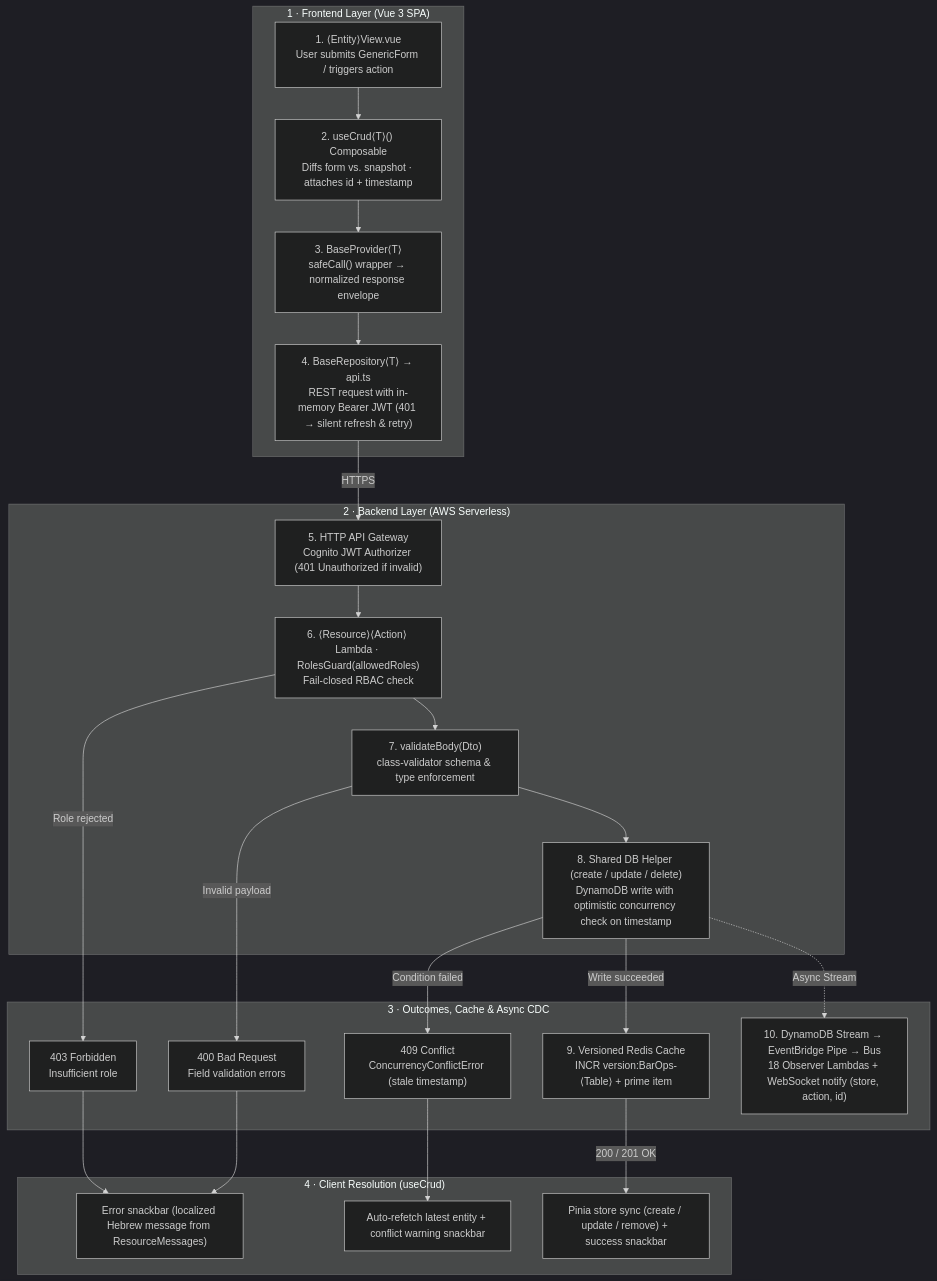
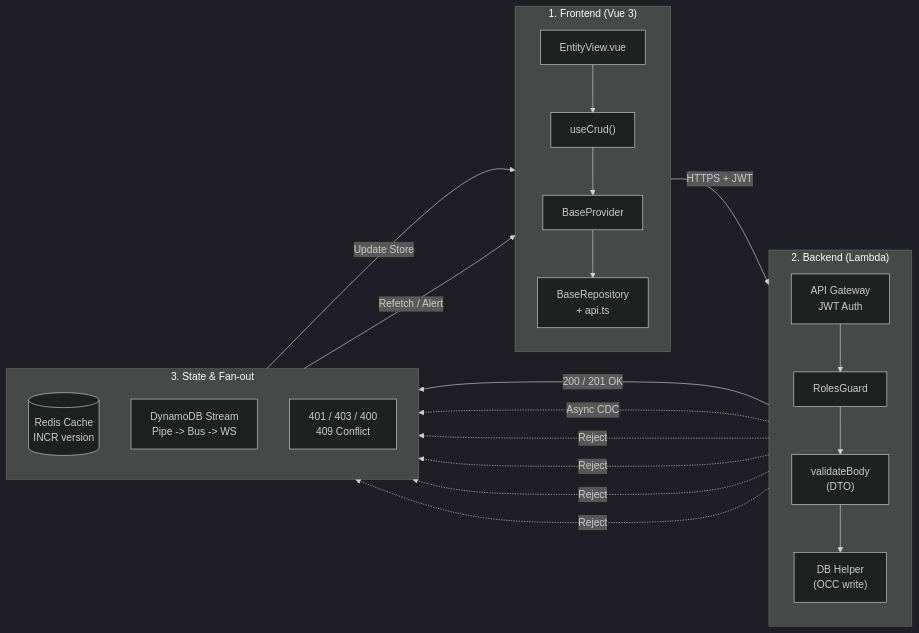
Before and after one commit to BenyHanonove/kick-showcase: the fifth of 5 diagrams in README.md, drawn with Mermaid (dark theme). The commit also changed other lines of this file and 1 other file, not shown here.

Commit message:
docs: use compact horizontal flowchart + step table to prevent Mermaid box clipping

````diff
--- a/README.md
+++ b/README.md
@@ -156,43 +156,26 @@
 ```mermaid
-flowchart TD
-  subgraph FE["1 · Frontend Layer (Vue 3 SPA)"]
-    V["1. ⟨Entity⟩View.vue<br/>User submits GenericForm / triggers action"]
-    C["2. useCrud⟨T⟩() Composable<br/>Diffs form vs. snapshot · attaches id + timestamp"]
-    P["3. BaseProvider⟨T⟩<br/>safeCall() wrapper → normalized response envelope"]
-    R["4. BaseRepository⟨T⟩ → api.ts<br/>REST request with in-memory Bearer JWT (401 → silent refresh & retry)"]
-    V --> C --> P --> R
+flowchart LR
+  subgraph FE["1. Frontend (Vue 3)"]
+    direction TB
+    V["EntityView.vue"] --> C["useCrud()"] --> P["BaseProvider"] --> R["BaseRepository<br/>+ api.ts"]
   end
 
-  subgraph BE["2 · Backend Layer (AWS Serverless)"]
-    GW["5. HTTP API Gateway<br/>Cognito JWT Authorizer (401 Unauthorized if invalid)"]
-    GUARD["6. ⟨Resource⟩⟨Action⟩ Lambda · RolesGuard(allowedRoles)<br/>Fail-closed RBAC check"]
-    DTO["7. validateBody(Dto)<br/>class-validator schema & type enforcement"]
-    DDB["8. Shared DB Helper (create / update / delete)<br/>DynamoDB write with optimistic concurrency check on timestamp"]
-    GW --> GUARD --> DTO --> DDB
+  subgraph BE["2. Backend (Lambda)"]
+    direction TB
+    GW["API Gateway<br/>JWT Auth"] --> G["RolesGuard"] --> DTO["validateBody<br/>(DTO)"] --> DB["DB Helper<br/>(OCC write)"]
   end
 
-  subgraph OUT["3 · Outcomes, Cache & Async CDC"]
-    ERR403["403 Forbidden<br/>Insufficient role"]
-    ERR400["400 Bad Request<br/>Field validation errors"]
-    ERR409["409 Conflict<br/>ConcurrencyConflictError (stale timestamp)"]
-    CACHE["9. Versioned Redis Cache<br/>INCR version:BarOps-⟨Table⟩ + prime item"]
-    CDC["10. DynamoDB Stream → EventBridge Pipe → Bus<br/>18 Observer Lambdas + WebSocket notify (store, action, id)"]
+  subgraph DATA["3. State & Fan-out"]
+    direction TB
+    REDIS[("Redis Cache<br/>INCR version")]
+    CDC["DynamoDB Stream<br/>Pipe -> Bus -> WS"]
+    ERR["401 / 403 / 400<br/>409 Conflict"]
   end
 
-  subgraph RES["4 · Client Resolution (useCrud)"]
-    UIERR["Error snackbar (localized Hebrew message from ResourceMessages)"]
-    UI409["Auto-refetch latest entity + conflict warning snackbar"]
-    UI200["Pinia store sync (create / update / remove) + success snackbar"]
-  end
-
-  R -- "HTTPS" --> GW
-  GUARD -- "Role rejected" --> ERR403
-  DTO -- "Invalid payload" --> ERR400
-  DDB -- "Condition failed" --> ERR409
-  DDB -- "Write succeeded" --> CACHE
-  DDB -. "Async Stream" .-> CDC
-
-  ERR403 & ERR400 --> UIERR
-  ERR409 --> UI409
-  CACHE -- "200 / 201 OK" --> UI200
+  R -- "HTTPS + JWT" --> GW
+  DB -- "200 / 201 OK" --> REDIS
+  DB -. "Async CDC" .-> CDC
+  GW & G & DTO & DB -. "Reject" .-> ERR
+  REDIS -- "Update Store" --> C
+  ERR -- "Refetch / Alert" --> C
 ```
````
